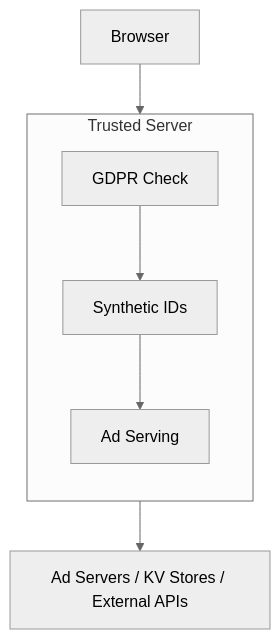
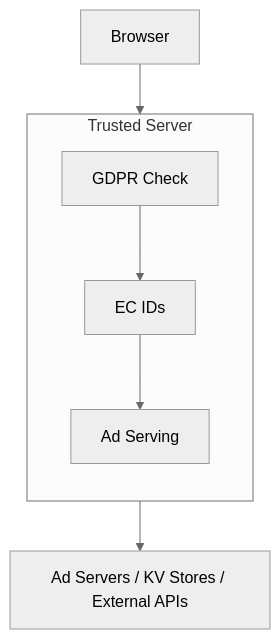
Before and after one commit to IABTechLab/trusted-server: the diagram in docs/guide/architecture.md, drawn with Mermaid (neutral theme). The commit also changed other lines of this file and 73 other files, not shown here.

````diff
--- a/docs/guide/architecture.md
+++ b/docs/guide/architecture.md
@@ -9,16 +9,16 @@
 ```mermaid
 flowchart TD
   browser["Browser"]
   backends["Ad Servers / KV Stores / External APIs"]
 
   subgraph edge["Trusted Server"]
     direction TB
     gdpr["GDPR Check"]
-    ids["Synthetic IDs"]
+    ids["EC IDs"]
     ads["Ad Serving"]
     gdpr --> ids --> ads
   end
 
   browser --> edge
   edge --> backends
 ```
````
